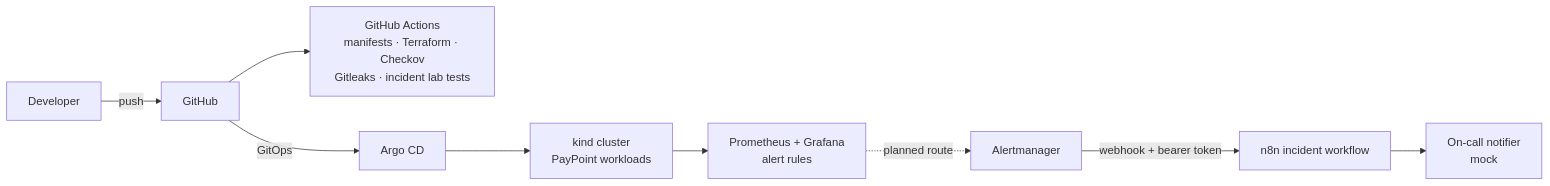
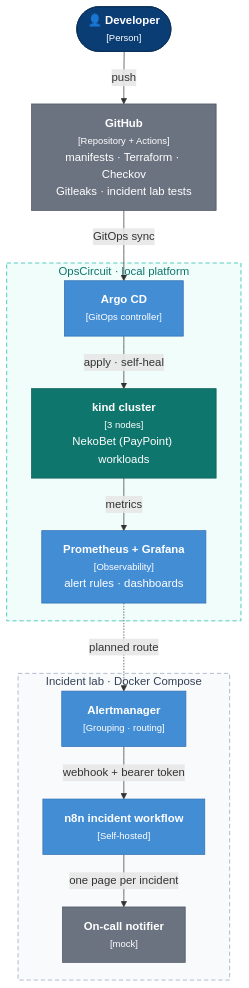
The diagram in diagrams/opscircuit-context.mmd (vzuliani97/vzuliani97.github.io), drawn with Mermaid before and after one commit. The commit also changed 12 other files, not shown here.

First line of the commit message:
feat: C4-style architecture diagrams (Mermaid, custom theme) for all three projects

```diff
--- a/diagrams/opscircuit-context.mmd
+++ b/diagrams/opscircuit-context.mmd
@@ -1,10 +1,29 @@
-flowchart LR
-  D["Developer"] -->|push| G["GitHub"]
-  G --> CI["GitHub Actions<br/>manifests · Terraform · Checkov<br/>Gitleaks · incident lab tests"]
-  G -->|GitOps| AR["Argo CD"]
-  AR --> K["kind cluster<br/>PayPoint workloads"]
-  K --> PR["Prometheus + Grafana<br/>alert rules"]
-  AM["Alertmanager"] -->|webhook + bearer token| N8["n8n incident workflow"]
-  N8 --> OC["On-call notifier<br/>mock"]
-  PR -.->|planned route| AM
-  classDef planned stroke-dasharray:6 4
+flowchart TB
+  D(["👤 <b>Developer</b><br/><small>[Person]</small>"]):::person
+  G["<b>GitHub</b><br/><small>[Repository + Actions]</small><br/>manifests · Terraform · Checkov<br/>Gitleaks · incident lab tests"]:::external
+  subgraph platform["OpsCircuit · local platform"]
+    AR["<b>Argo CD</b><br/><small>[GitOps controller]</small>"]:::container
+    K["<b>kind cluster</b><br/><small>[3 nodes]</small><br/>NekoBet (PayPoint) workloads"]:::system
+    PR["<b>Prometheus + Grafana</b><br/><small>[Observability]</small><br/>alert rules · dashboards"]:::container
+  end
+  subgraph lab["Incident lab · Docker Compose"]
+    AM["<b>Alertmanager</b><br/><small>[Grouping · routing]</small>"]:::container
+    N8["<b>n8n incident workflow</b><br/><small>[Self-hosted]</small>"]:::container
+    OC["<b>On-call notifier</b><br/><small>[mock]</small>"]:::external
+  end
+  D -->|"push"| G
+  G -->|"GitOps sync"| AR
+  AR -->|"apply · self-heal"| K
+  K -->|"metrics"| PR
+  PR -.->|"planned route"| AM
+  AM -->|"webhook + bearer token"| N8
+  N8 -->|"one page per incident"| OC
+
+  classDef person fill:#0b3d75,stroke:#082c55,color:#ffffff
+  classDef container fill:#438dd5,stroke:#2e6fb0,color:#ffffff
+  classDef store fill:#155e75,stroke:#0e4a5c,color:#ffffff
+  classDef external fill:#6b7280,stroke:#4b5563,color:#ffffff
+  classDef planned fill:#ffffff,stroke:#94a3b8,stroke-dasharray:6 4,color:#475569
+  classDef system fill:#0f766e,stroke:#0b5a54,color:#ffffff
+  style platform fill:#f0fdfa,stroke:#14b8a6,stroke-dasharray:6 4,color:#0f766e
+  style lab fill:#f8fafc,stroke:#94a3b8,stroke-dasharray:6 4,color:#334155
```
